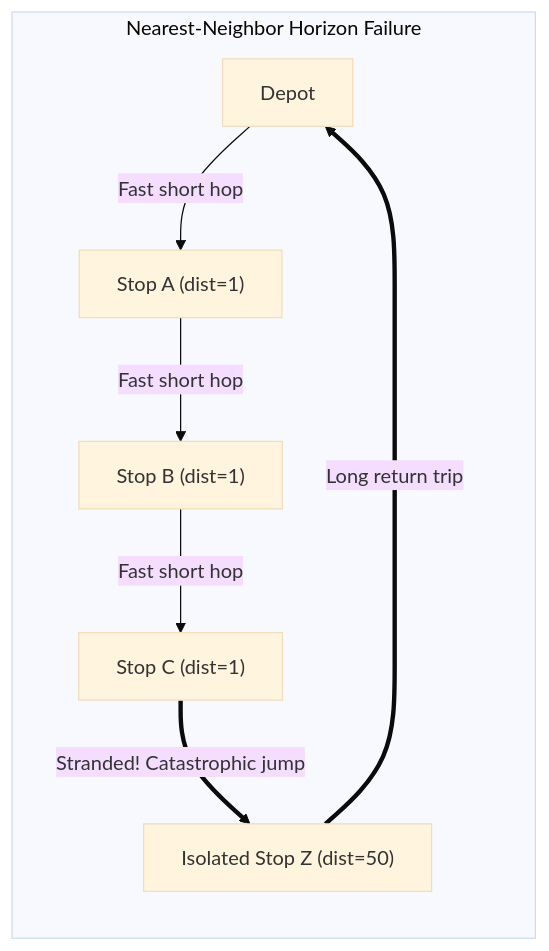
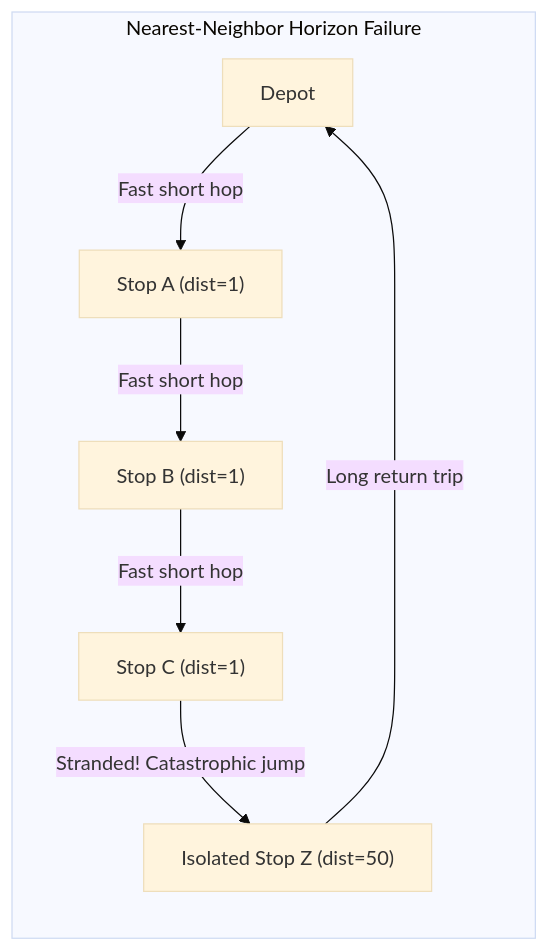
Before and after one commit to Santhosh-p653/egreen-quanta: the first of 2 diagrams in docs/algorithms/04_nearest_neighbor.md, drawn with Mermaid (base theme). The commit also changed 48 other files, not shown here.

````diff
--- a/docs/algorithms/04_nearest_neighbor.md
+++ b/docs/algorithms/04_nearest_neighbor.md
@@ -30,10 +30,10 @@
 ```mermaid
 flowchart LR
     subgraph GreedyTrap["Nearest-Neighbor Horizon Failure"]
         D["Depot"] -->|Fast short hop| A["Stop A (dist=1)"]
         A -->|Fast short hop| B["Stop B (dist=1)"]
         B -->|Fast short hop| C["Stop C (dist=1)"]
-        C ==>|Stranded! Catastrophic jump| Z["Isolated Stop Z (dist=50)"]
-        Z ==>|Long return trip| D
+        C -->|Stranded! Catastrophic jump| Z["Isolated Stop Z (dist=50)"]
+        Z -->|Long return trip| D
     end
 ```
````
